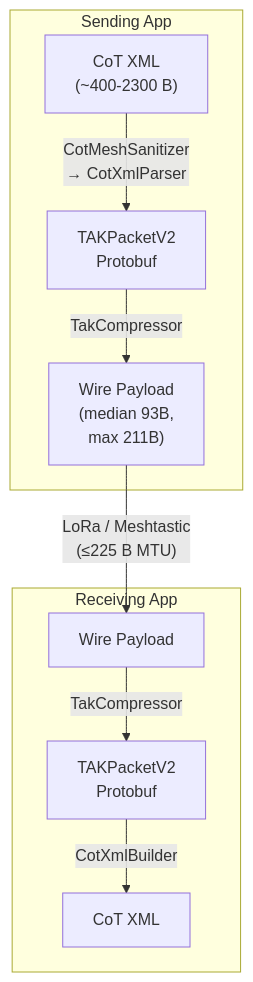
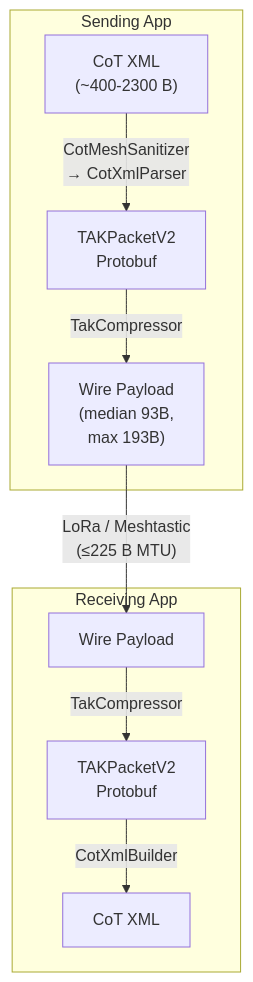
The first of 2 diagrams in README.md (meshtastic/TAKPacket-SDK), drawn with Mermaid before and after one commit. The commit also changed other lines of this file and 90 other files, not shown here.

````diff
--- a/README.md
+++ b/README.md
@@ -25,18 +25,18 @@
 ```mermaid
 flowchart TD
     subgraph send ["Sending App"]
         A["CoT XML<br/>(~400-2300 B)"]
         B["TAKPacketV2<br/>Protobuf"]
-        C["Wire Payload<br/>(median 93B,<br/>max 211B)"]
+        C["Wire Payload<br/>(median 93B,<br/>max 193B)"]
         A -->|"CotMeshSanitizer<br/>→ CotXmlParser"| B
         B -->|TakCompressor| C
     end
     C -->|"LoRa / Meshtastic<br/>(≤225 B MTU)"| D
     subgraph recv ["Receiving App"]
         D["Wire Payload"]
         E["TAKPacketV2<br/>Protobuf"]
         F["CoT XML"]
         D -->|TakCompressor| E
         E -->|CotXmlBuilder| F
     end
 ```
````
